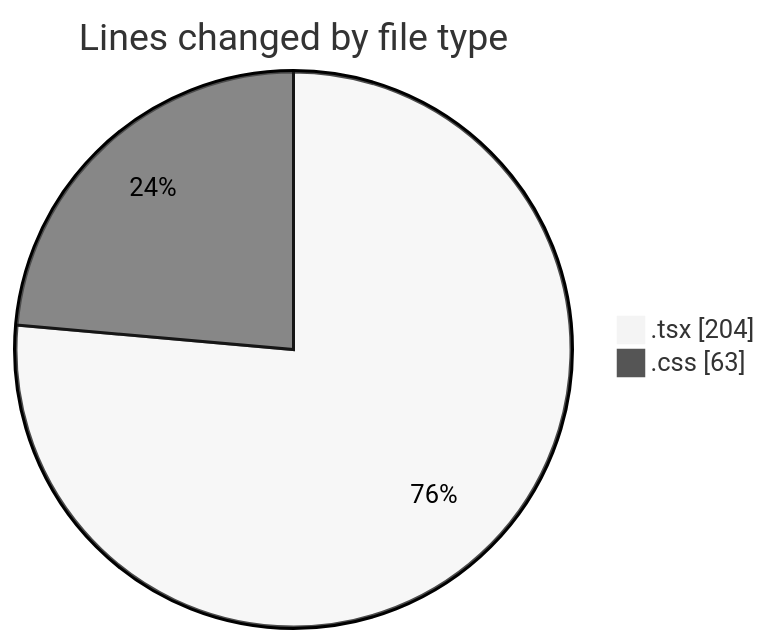
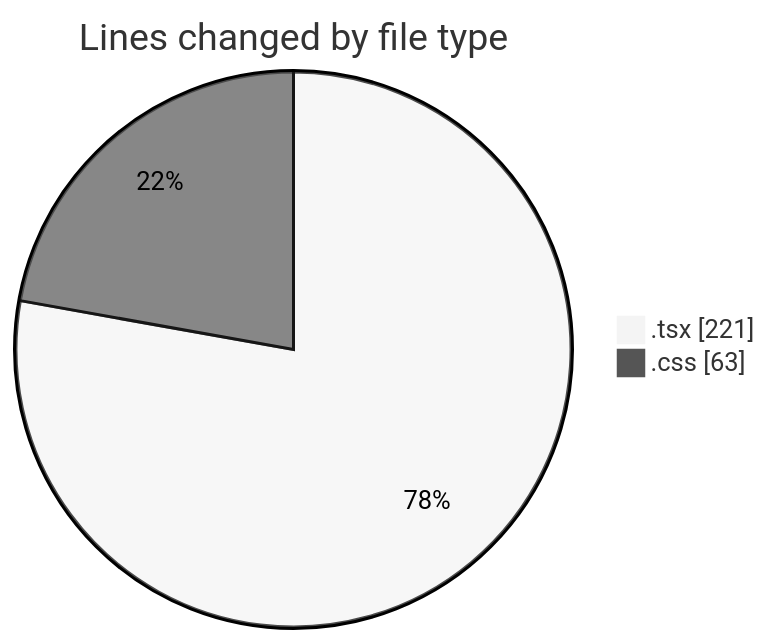
Before and after one commit to EIIisD/code-tracking: the first of 2 diagrams in 2025-08-04/tw-server/README.md, drawn with Mermaid (neutral theme). The commit also changed other lines of this file and 1 other file, not shown here.

````diff
--- a/2025-08-04/tw-server/README.md
+++ b/2025-08-04/tw-server/README.md
@@ -22,6 +22,6 @@
 ```mermaid
 pie showData
 title Lines changed by file type
-".tsx" : 204
+".tsx" : 221
 ".css" : 63
 ```
````
